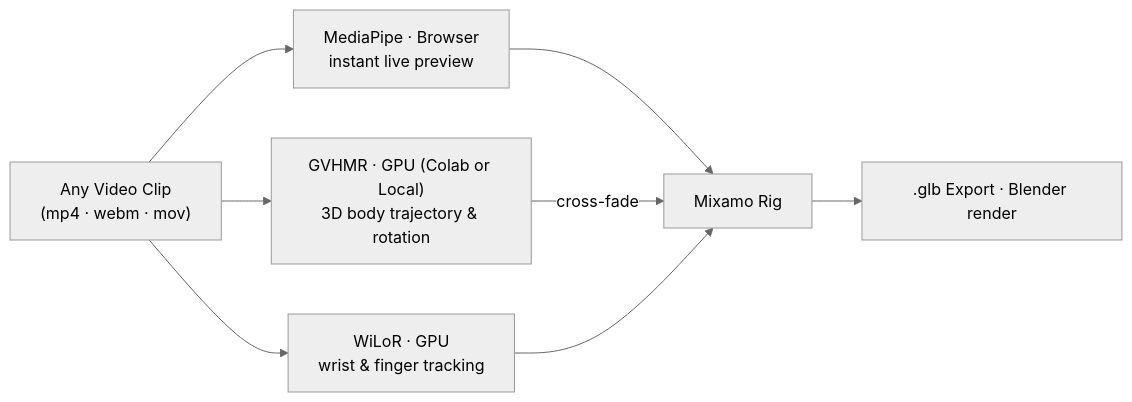
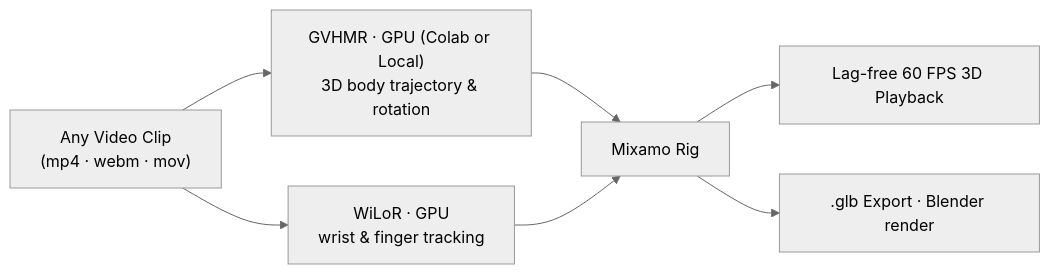
Before and after one commit to liladhiee-web/Mocaply: the diagram in README.md, drawn with Mermaid (neutral theme). The commit also changed other lines of this file and 6 other files, not shown here.

Commit message:
Remove MediaPipe, enable HQ-only GVHMR motion generation with animated timer overlay, optimize lag-free 60fps rendering

````diff
--- a/README.md
+++ b/README.md
@@ -18,10 +18,9 @@
 ```mermaid
 flowchart LR
-  C["Any Video Clip<br/>(mp4 · webm · mov)"] --> L["MediaPipe · Browser<br/>instant live preview"]
-  C --> H["GVHMR · GPU (Colab or Local)<br/>3D body trajectory & rotation"]
+  C["Any Video Clip<br/>(mp4 · webm · mov)"] --> H["GVHMR · GPU (Colab or Local)<br/>3D body trajectory & rotation"]
   C --> F["WiLoR · GPU<br/>wrist & finger tracking"]
-  L --> R[Mixamo Rig]
-  H -- cross-fade --> R
+  H --> R[Mixamo Rig]
   F --> R
+  R --> P["Lag-free 60 FPS 3D Playback"]
   R --> G[".glb Export · Blender render"]
 ```
````
